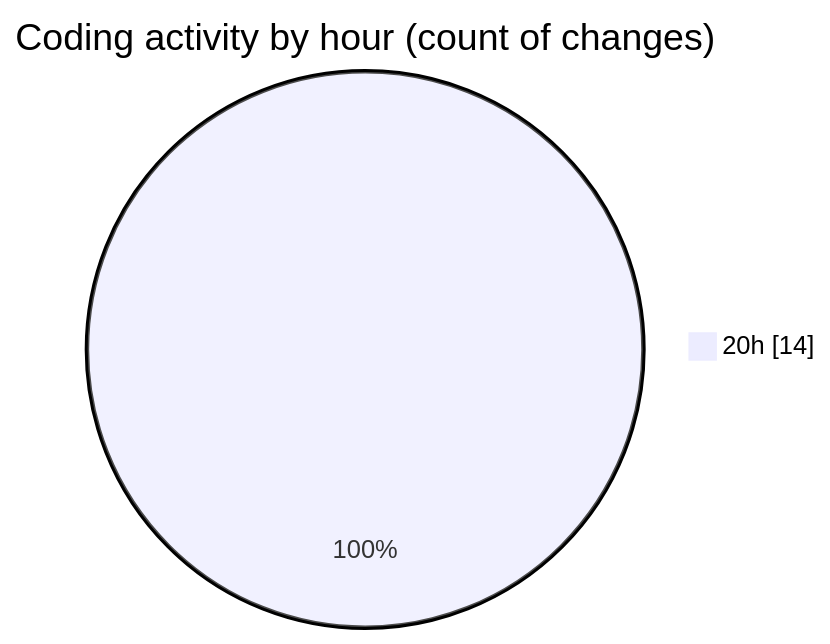
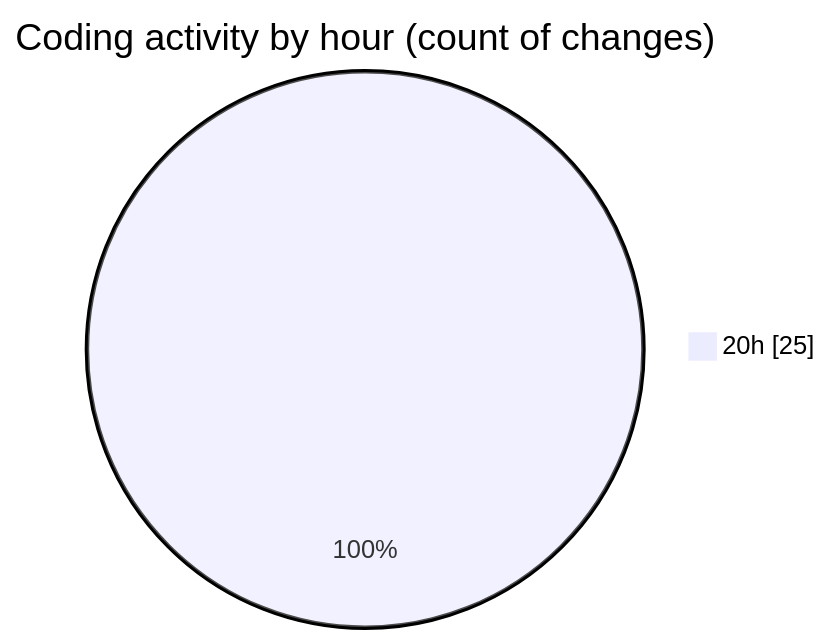
Before and after one commit to Netris89/code-tracking: the second of 2 diagrams in 2025-10-29/skintrack/README.md, drawn with Mermaid. The commit also changed other lines of this file and 1 other file, not shown here.

````diff
--- a/2025-10-29/skintrack/README.md
+++ b/2025-10-29/skintrack/README.md
@@ -34,5 +35,5 @@
 ```mermaid
 pie showData
 title Coding activity by hour (count of changes)
-"20h" : 14
+"20h" : 25
 ```
````
